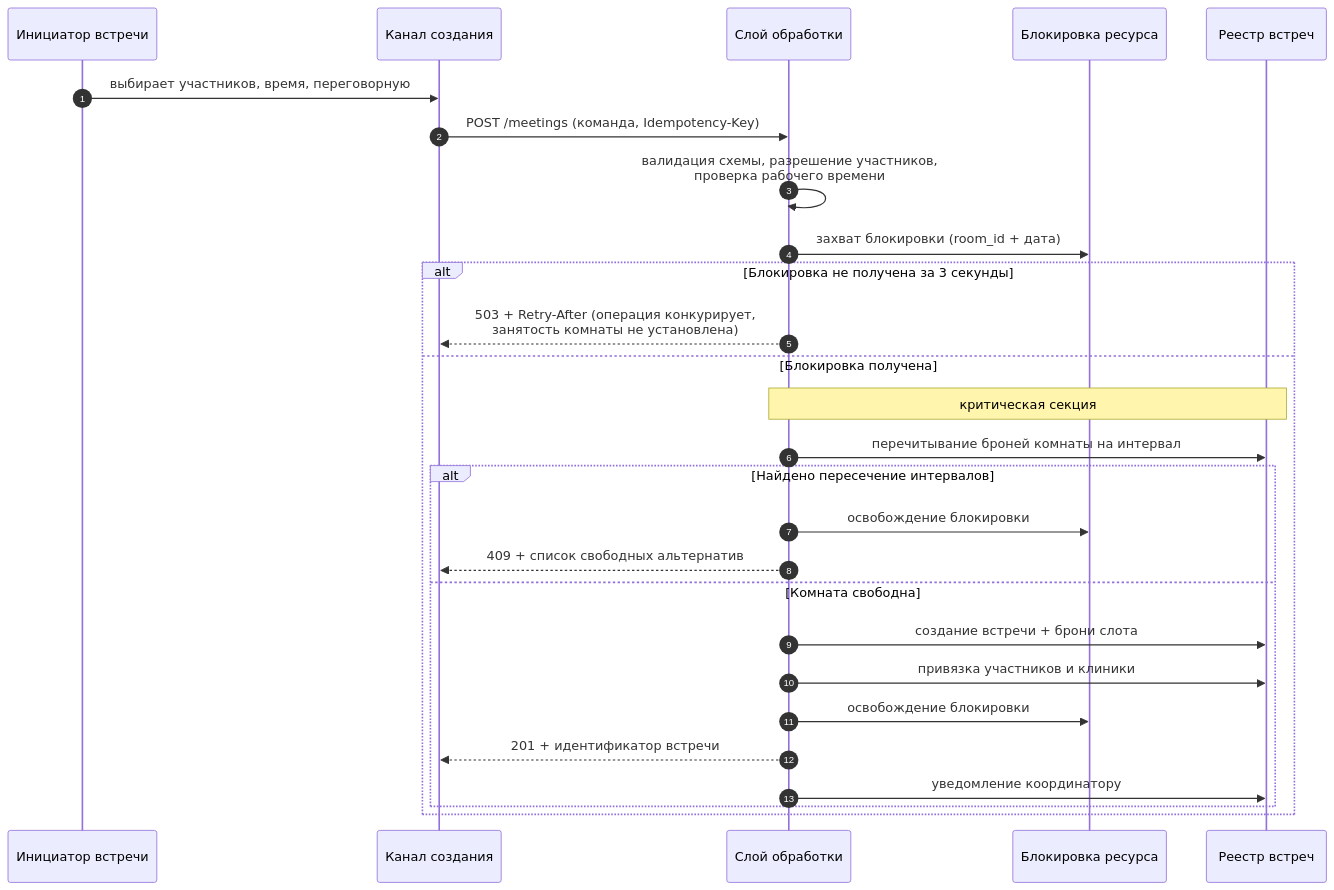
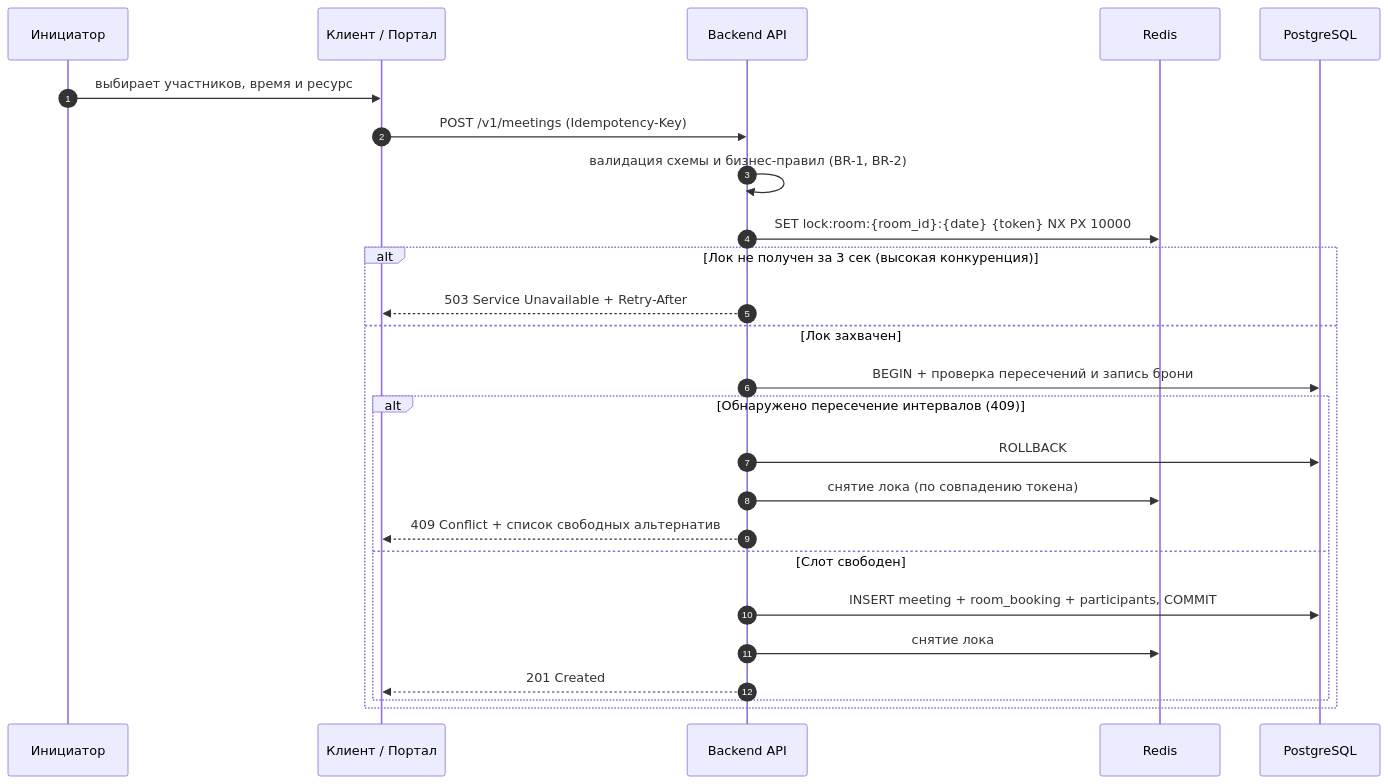
The second of 4 diagrams in case-01-meeting-room-management/README.md (doomsdayoff/system-analysis-portfolio), drawn with Mermaid before and after one commit. The commit also changed other lines of this file and 4 other files, not shown here.

````diff
--- a/case-01-meeting-room-management/README.md
+++ b/case-01-meeting-room-management/README.md
@@ -98,29 +76,27 @@
 ```mermaid
 sequenceDiagram
     autonumber
-    participant U as Инициатор встречи
-    participant P as Канал создания
-    participant MW as Слой обработки
-    participant LK as Блокировка ресурса
-    participant REG as Реестр встреч
-    U->>P: выбирает участников, время, переговорную
-    P->>MW: POST /meetings (команда, Idempotency-Key)
-    MW->>MW: валидация схемы, разрешение участников,<br/>проверка рабочего времени
-    MW->>LK: захват блокировки (room_id + дата)
-    alt Блокировка не получена за 3 секунды
-        MW-->>P: 503 + Retry-After (операция конкурирует,<br/>занятость комнаты не установлена)
-    else Блокировка получена
-        Note over MW,REG: критическая секция
-        MW->>REG: перечитывание броней комнаты на интервал
-        alt Найдено пересечение интервалов
-            MW->>LK: освобождение блокировки
-            MW-->>P: 409 + список свободных альтернатив
-        else Комната свободна
-            MW->>REG: создание встречи + брони слота
-            MW->>REG: привязка участников и клиники
-            MW->>LK: освобождение блокировки
-            MW-->>P: 201 + идентификатор встречи
-            MW->>REG: уведомление координатору
+    participant U as Инициатор
+    participant P as Клиент / Портал
+    participant MW as Backend API
+    participant LK as Redis
+    participant REG as PostgreSQL
+    U->>P: выбирает участников, время и ресурс
+    P->>MW: POST /v1/meetings (Idempotency-Key)
+    MW->>MW: валидация схемы и бизнес-правил (BR-1, BR-2)
+    MW->>LK: SET lock:room:{room_id}:{date} {token} NX PX 10000
+    alt Лок не получен за 3 сек (высокая конкуренция)
+        MW-->>P: 503 Service Unavailable + Retry-After
+    else Лок захвачен
+        MW->>REG: BEGIN + проверка пересечений и запись брони
+        alt Обнаружено пересечение интервалов (409)
+            MW->>REG: ROLLBACK
+            MW->>LK: снятие лока (по совпадению токена)
+            MW-->>P: 409 Conflict + список свободных альтернатив
+        else Слот свободен
+            MW->>REG: INSERT meeting + room_booking + participants, COMMIT
+            MW->>LK: снятие лока
+            MW-->>P: 201 Created
         end
     end
 ```
````
